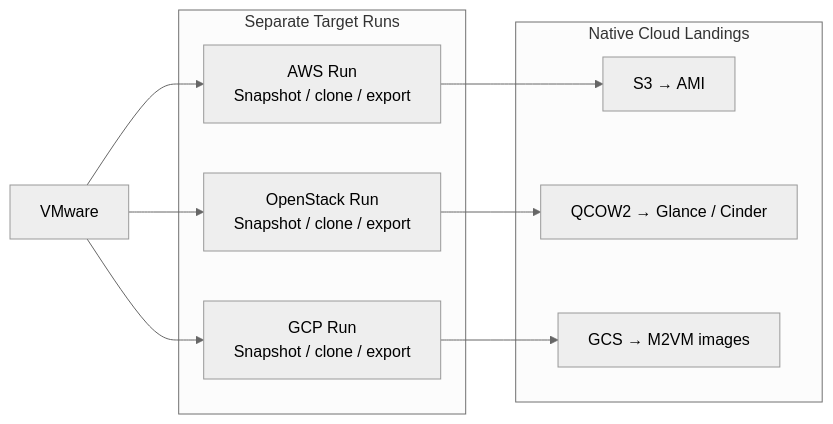
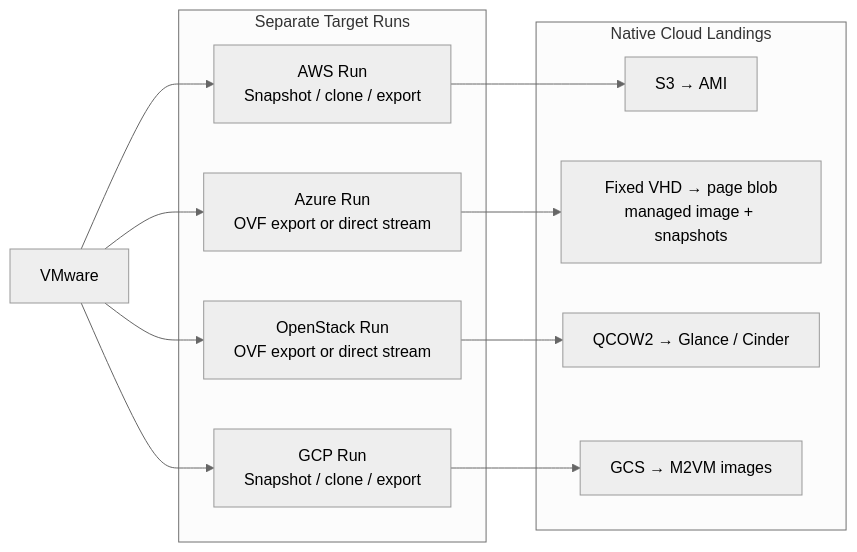
Before and after one commit to jjbailey/migrate-v2v: the diagram in doc/workflow.md, drawn with Mermaid (neutral theme). The commit also changed other lines of this file and 55 other files, not shown here.

````diff
--- a/doc/workflow.md
+++ b/doc/workflow.md
@@ -23,20 +25,23 @@
 ```mermaid
 flowchart LR
     VM["VMware"]
 
     subgraph RUNS["Separate Target Runs"]
         AWSRUN["AWS Run<br/>Snapshot / clone / export"]
-        OSRUN["OpenStack Run<br/>Snapshot / clone / export"]
+        AZRUN["Azure Run<br/>OVF export or direct stream"]
+        OSRUN["OpenStack Run<br/>OVF export or direct stream"]
         GCPRUN["GCP Run<br/>Snapshot / clone / export"]
     end
 
     subgraph LANDINGS["Native Cloud Landings"]
         AWS["S3 → AMI"]
+        AZ["Fixed VHD → page blob<br/>managed image + snapshots"]
         OS["QCOW2 → Glance / Cinder"]
         GCP["GCS → M2VM images"]
     end
 
     VM --> AWSRUN --> AWS
+    VM --> AZRUN --> AZ
     VM --> OSRUN --> OS
     VM --> GCPRUN --> GCP
 ```
````
